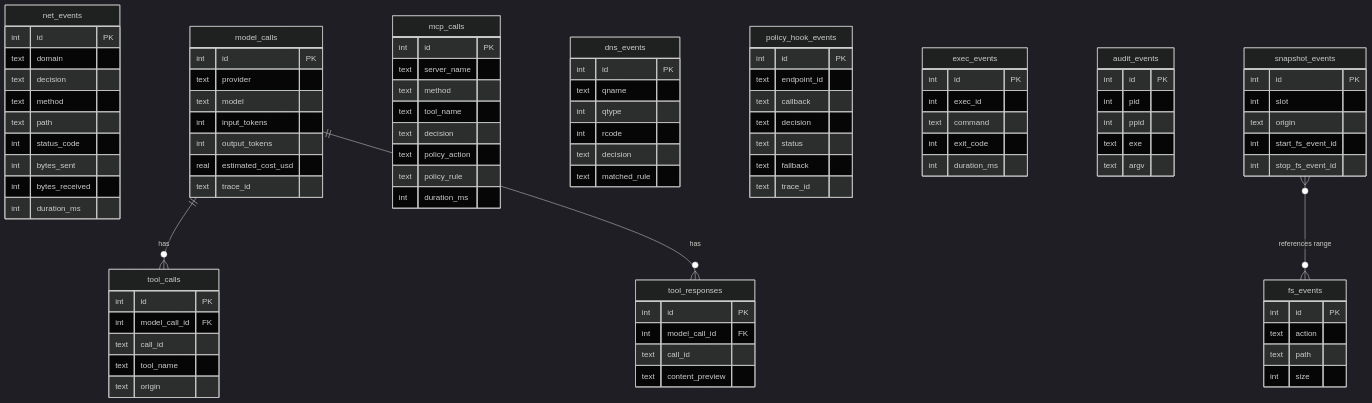
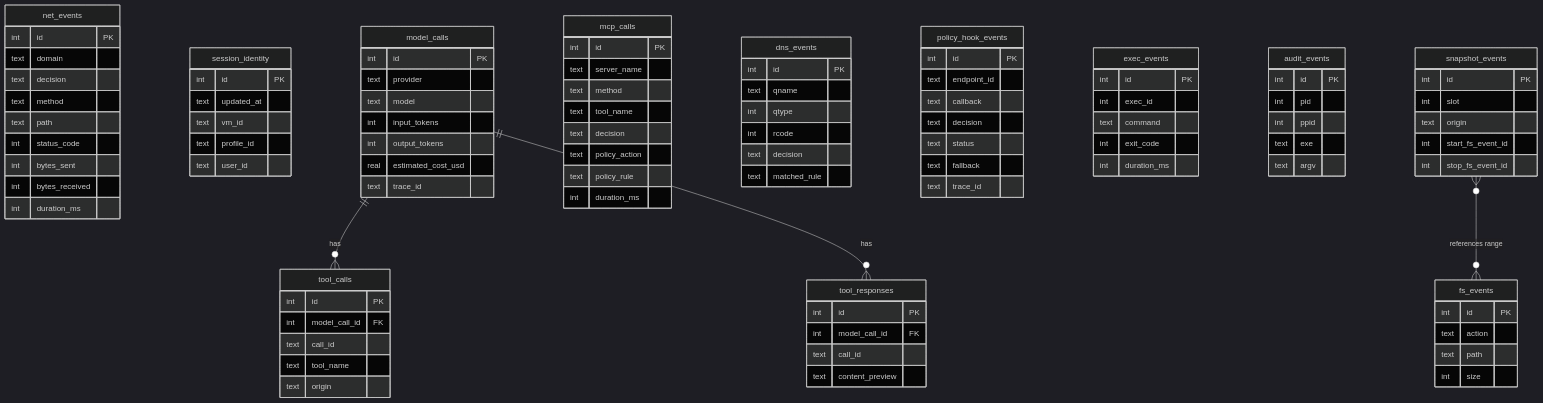
The first of 3 diagrams in docs/src/content/docs/architecture/session-telemetry.md (google/capsem), drawn with Mermaid (dark theme) before and after one commit. The commit also changed other lines of this file and 18 other files, not shown here.

Commit message:
feat: expose session telemetry identity

```diff
--- a/docs/src/content/docs/architecture/session-telemetry.md
+++ b/docs/src/content/docs/architecture/session-telemetry.md
@@ -21,6 +26,13 @@
         int bytes_sent
         int bytes_received
         int duration_ms
+    }
+    session_identity {
+        int id PK
+        text updated_at
+        text vm_id
+        text profile_id
+        text user_id
     }
     model_calls {
         int id PK
```
